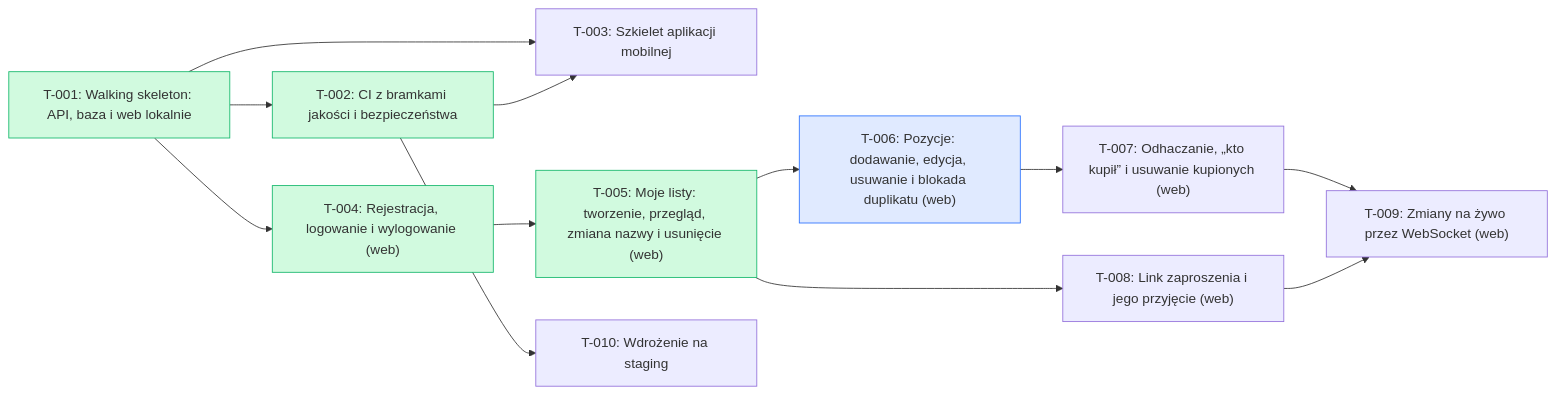
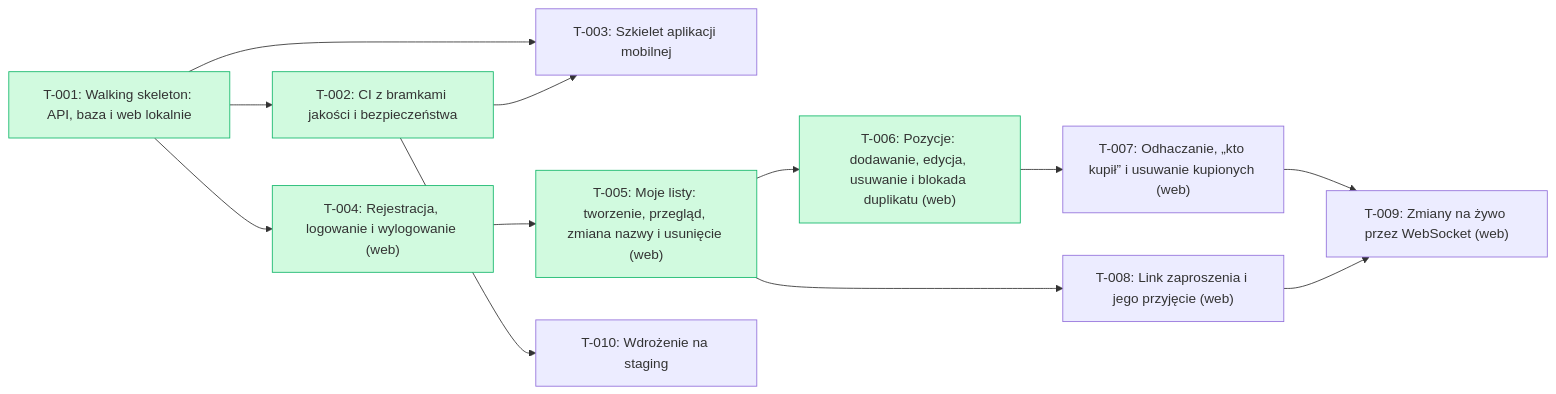
The diagram in docs/backlog/index.md (tombraz/lista-zakupow), drawn with Mermaid before and after one commit. The commit also changed other lines of this file and 1 other file, not shown here.

````diff
--- a/docs/backlog/index.md
+++ b/docs/backlog/index.md
@@ -19,28 +20,28 @@
 ```mermaid
 flowchart LR
   T_001["T-001: Walking skeleton: API, baza i web lokalnie"]:::done
   T_002["T-002: CI z bramkami jakości i bezpieczeństwa"]:::done
   T_003["T-003: Szkielet aplikacji mobilnej"]
   T_004["T-004: Rejestracja, logowanie i wylogowanie (web)"]:::done
   T_005["T-005: Moje listy: tworzenie, przegląd, zmiana nazwy i usunięcie (web)"]:::done
-  T_006["T-006: Pozycje: dodawanie, edycja, usuwanie i blokada duplikatu (web)"]:::qa
+  T_006["T-006: Pozycje: dodawanie, edycja, usuwanie i blokada duplikatu (web)"]:::done
   T_007["T-007: Odhaczanie, „kto kupił” i usuwanie kupionych (web)"]
   T_008["T-008: Link zaproszenia i jego przyjęcie (web)"]
   T_009["T-009: Zmiany na żywo przez WebSocket (web)"]
   T_010["T-010: Wdrożenie na staging"]
   T_001 --> T_002
   T_001 --> T_003
   T_002 --> T_003
   T_001 --> T_004
   T_004 --> T_005
   T_005 --> T_006
   T_006 --> T_007
   T_005 --> T_008
   T_007 --> T_009
   T_008 --> T_009
   T_002 --> T_010
   classDef done fill:#d1fadf,stroke:#12b76a
   classDef wip fill:#fef0c7,stroke:#f79009
   classDef qa fill:#e0eaff,stroke:#2970ff
   classDef blocked fill:#fee4e2,stroke:#f04438
 ```
````
